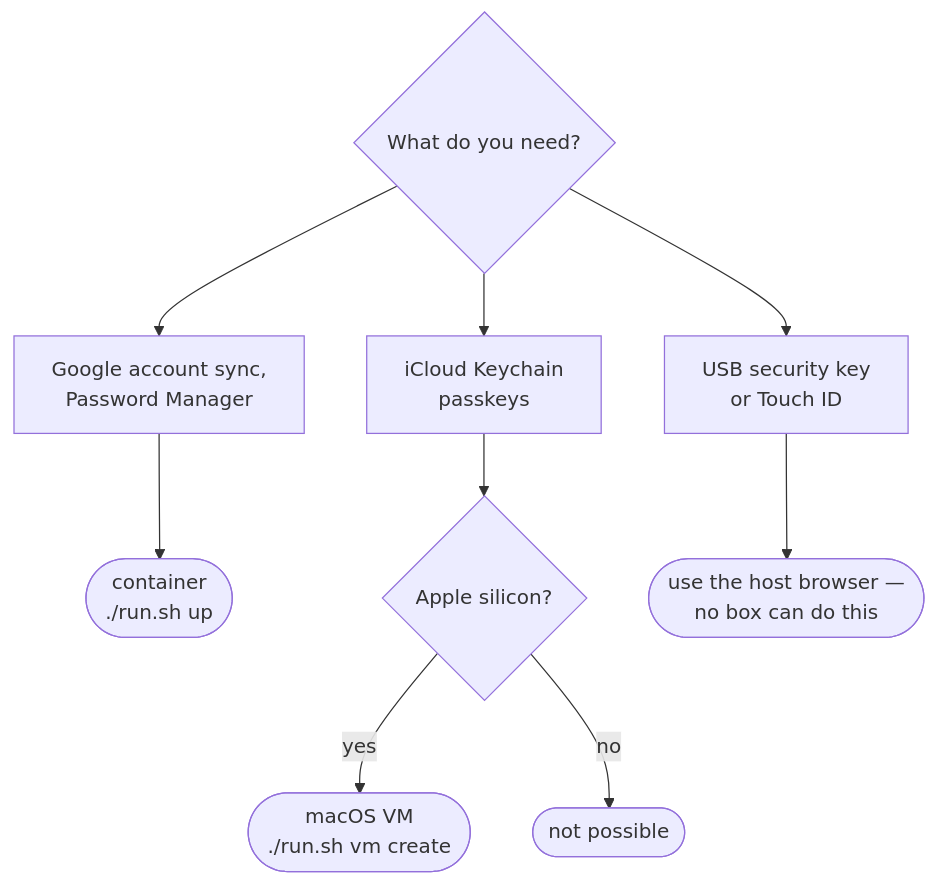
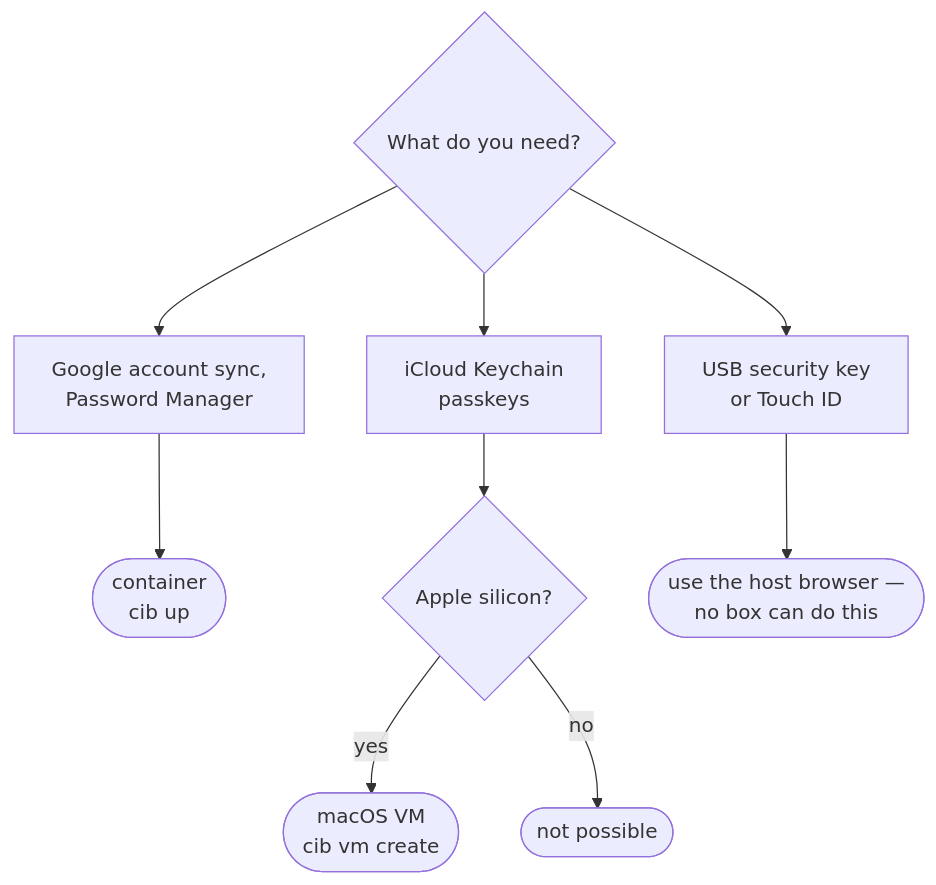
The first of 3 diagrams in README.md (sapn95/browser-in-a-box), drawn with Mermaid before and after one commit. The commit also changed other lines of this file and 9 other files, not shown here.

````diff
--- a/README.md
+++ b/README.md
@@ -47,11 +48,11 @@
 ```mermaid
 flowchart TD
     A{What do you need?} --> B[Google account sync,<br/>Password Manager]
     A --> C[iCloud Keychain<br/>passkeys]
     A --> D[USB security key<br/>or Touch ID]
-    B --> E([container<br/>./run.sh up])
+    B --> E([container<br/>cib up])
     C --> F{Apple silicon?}
-    F -- yes --> G([macOS VM<br/>./run.sh vm create])
+    F -- yes --> G([macOS VM<br/>cib vm create])
     F -- no --> H([not possible])
     D --> I([use the host browser —<br/>no box can do this])
 ```
````
